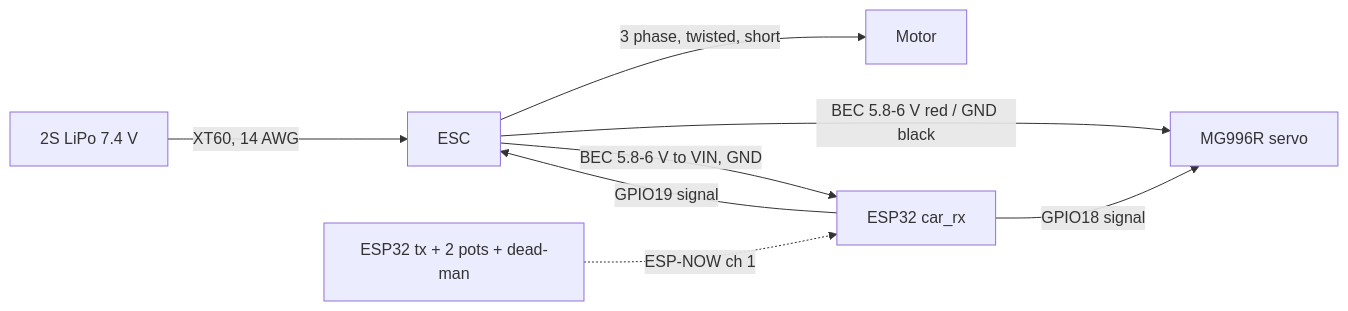
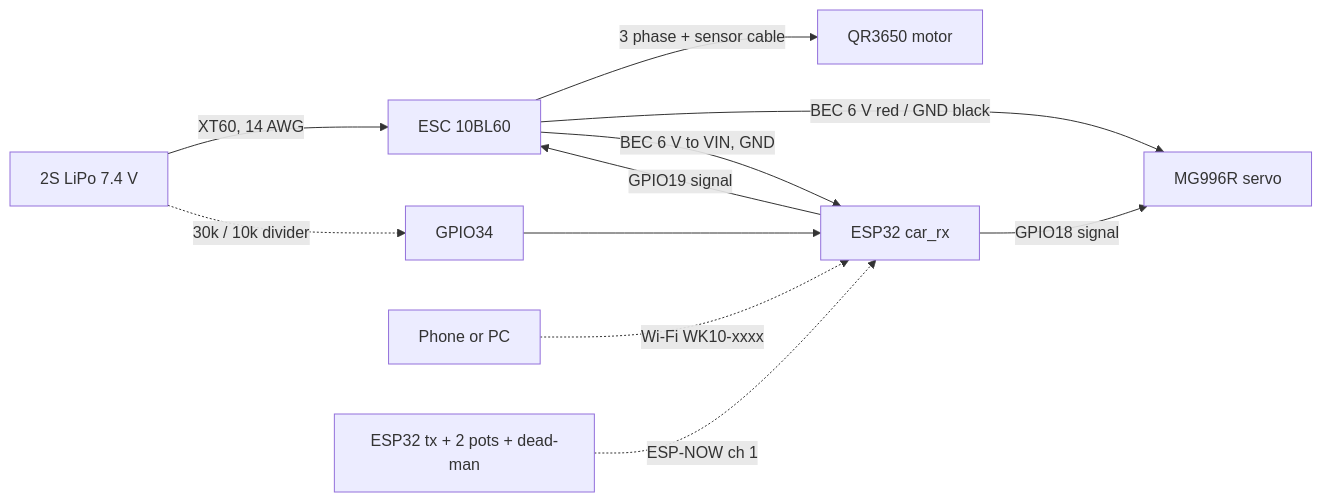
The diagram in README.md (BrettKnox/wk10-rc-car), drawn with Mermaid before and after one commit. The commit also changed other lines of this file, not shown here.

Commit message:
README: priced BOM under 300, steering/tie rods, phone and API driving, bring-up

````diff
--- a/README.md
+++ b/README.md
@@ -121,10 +139,13 @@
 ```mermaid
 flowchart LR
-  B[2S LiPo 7.4 V] -- XT60, 14 AWG --> E[ESC]
-  E -- 3 phase, twisted, short --> M[Motor]
-  E -- "BEC 5.8-6 V red / GND black" --> S[MG996R servo]
-  E -- "BEC 5.8-6 V to VIN, GND" --> R[ESP32 car_rx]
+  B[2S LiPo 7.4 V] -- XT60, 14 AWG --> E[ESC 10BL60]
+  E -- 3 phase + sensor cable --> M[QR3650 motor]
+  E -- "BEC 6 V red / GND black" --> S[MG996R servo]
+  E -- "BEC 6 V to VIN, GND" --> R[ESP32 car_rx]
   R -- "GPIO18 signal" --> S
   R -- "GPIO19 signal" --> E
+  B -. "30k / 10k divider" .-> V[GPIO34]
+  V --> R
+  P[Phone or PC] -. "Wi-Fi WK10-xxxx" .-> R
   T[ESP32 tx + 2 pots + dead-man] -. ESP-NOW ch 1 .-> R
 ```
````
